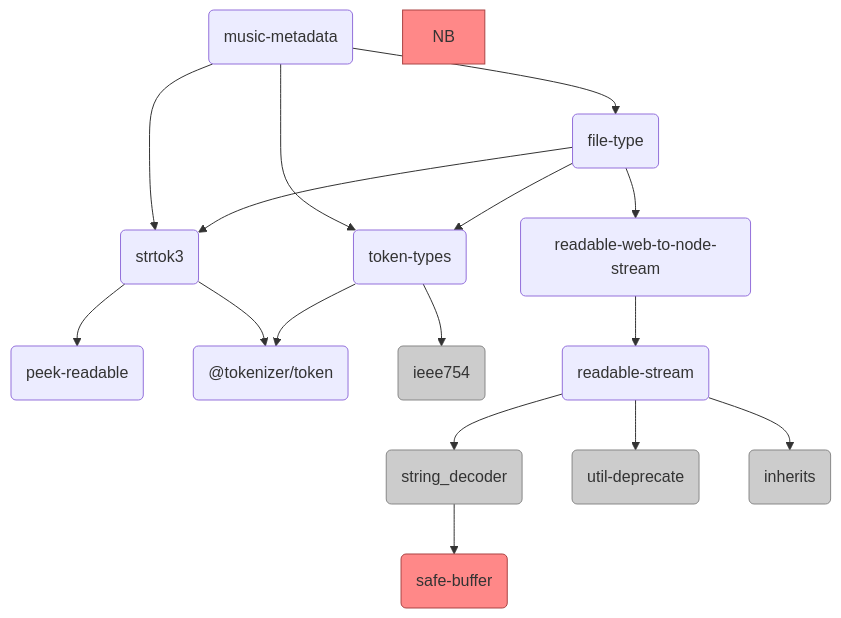
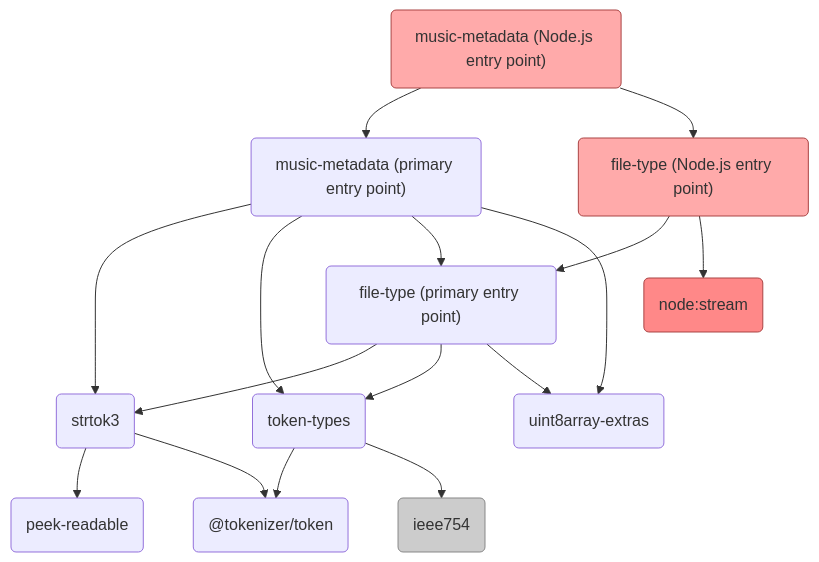
Before and after one commit to Borewit/music-metadata: the diagram in README.md, drawn with Mermaid.

Commit message:
Update dependency diagram

````diff
--- a/README.md
+++ b/README.md
@@ -106,24 +106,23 @@
 ```mermaid
 graph TD;
-    MM(music-metadata)-->S(strtok3)
-    MM-->TY(token-types)
-    MM-->FT(file-type)
+    MMN("music-metadata (Node.js entry point)")-->MMP
+    MMN-->FTN
+    MMP("music-metadata (primary entry point)")-->S(strtok3)
+    MMP-->TY(token-types)
+    MMP-->FTP
+    MMP-->UAE
+    FTN("file-type (Node.js entry point)")-->FTP
+    FTP("file-type (primary entry point)")-->S
     S(strtok3)-->P(peek-readable)
-    S-->TO("@tokenizer/token")
-    TY-->TO
+    S(strtok3)-->TO("@tokenizer/token")
+    TY(token-types)-->TO
     TY-->IE("ieee754")
-    FT-->RWNS(readable-web-to-node-stream)
-    FT-->S
-    FT-->TY
-    RWNS-->RS(readable-stream)
-    RS-->SD(string_decoder)
-    SD-->SB(safe-buffer)
-    RS-->UD(util-deprecate)
-    RS-->I(inherits)
-    style NB fill:#F88,stroke:#A44
-    style SB fill:#F88,stroke:#A44
-    style SD fill:#CCC,stroke:#888
+    FTP-->TY
+    NS("node:stream")
+    FTN-->NS
+    FTP-->UAE(uint8array-extras)
+    style NS fill:#F88,stroke:#A44
     style IE fill:#CCC,stroke:#888
-    style UD fill:#CCC,stroke:#888
-    style I fill:#CCC,stroke:#888
+    style FTN fill:#FAA,stroke:#A44
+    style MMN fill:#FAA,stroke:#A44
 ```
````
